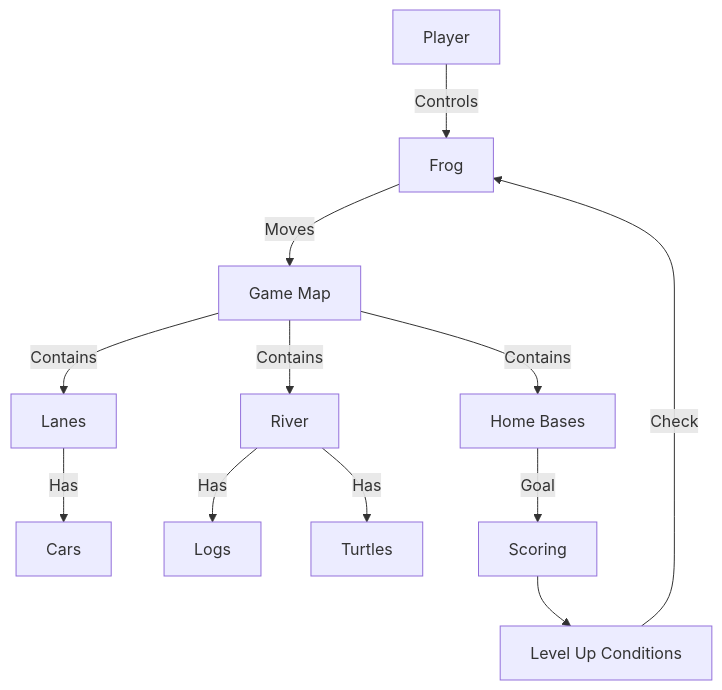
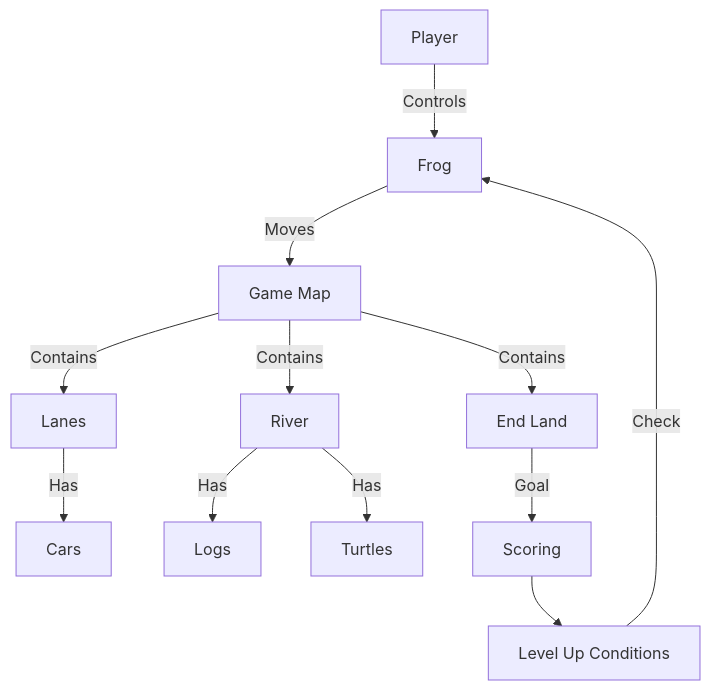
The diagram in Specification/Functional/FunctionalSpecification.md (algosup/2024-2025-project-1-fpga-team-5), drawn with Mermaid before and after one commit. The commit also changed other lines of this file and 4 other files, not shown here.

````diff
--- a/Specification/Functional/FunctionalSpecification.md
+++ b/Specification/Functional/FunctionalSpecification.md
@@ -783,16 +727,16 @@
 ```mermaid
 
 graph TD;
     A[Player] -->|Controls| B[Frog]
     B -->|Moves| C[Game Map]
     C -->|Contains| D[Lanes]
     C -->|Contains| E[River]
-    C -->|Contains| F[Home Bases]
+    C -->|Contains| F[End Land]
     D -->|Has| G[Cars]
     E -->|Has| H[Logs]
     E -->|Has| I[Turtles]
     F -->|Goal| J[Scoring]
     J --> K[Level Up Conditions]
     K -->|Check| B
 
 ```
````
